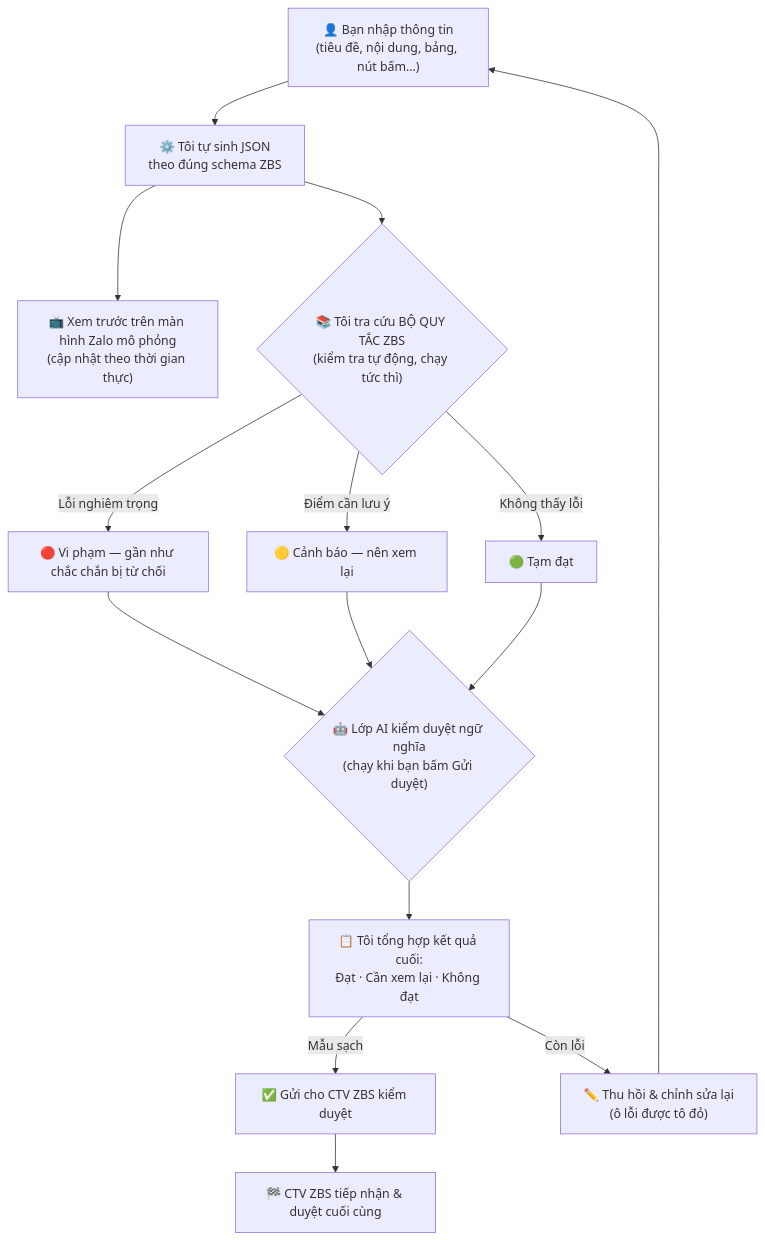
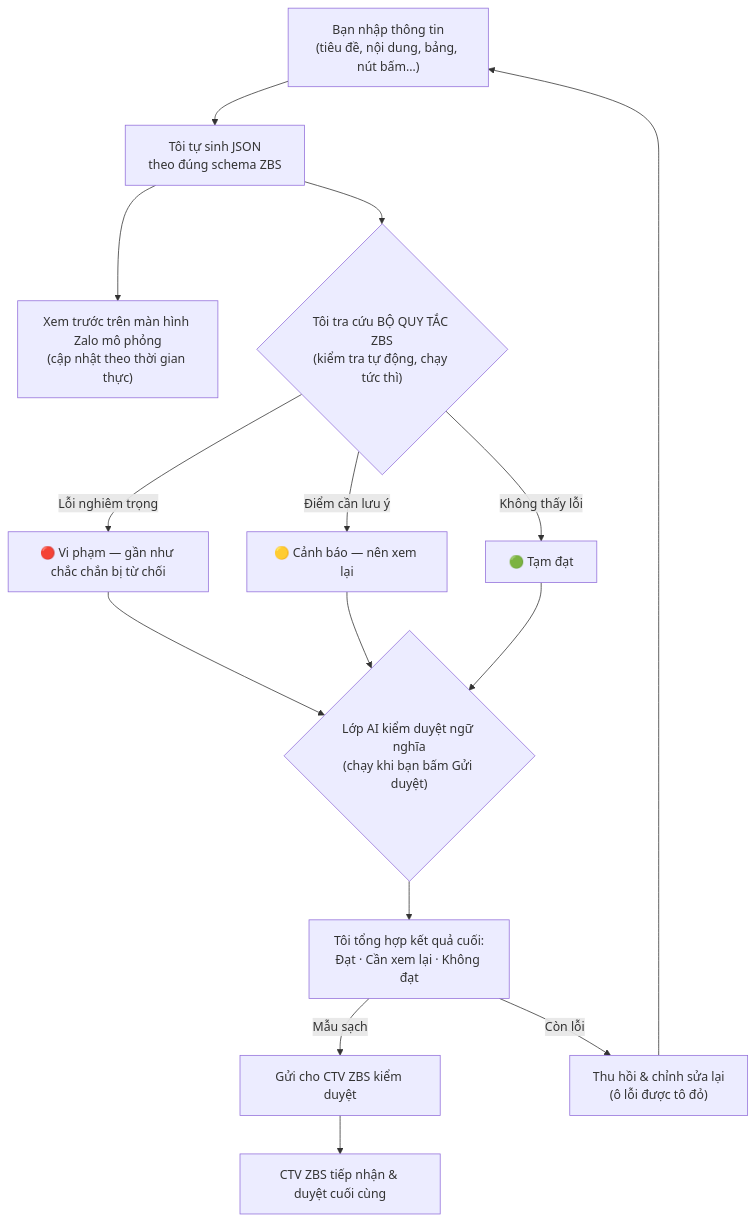
The first of 3 diagrams in README.md (hwinhwork-dot/zbs-studio), drawn with Mermaid before and after one commit. The commit also changed other lines of this file, not shown here.

````diff
--- a/README.md
+++ b/README.md
@@ -60,17 +60,17 @@
 ```mermaid
 flowchart TD
-    A["👤 Bạn nhập thông tin<br/>(tiêu đề, nội dung, bảng, nút bấm…)"] --> B["⚙️ Tôi tự sinh JSON<br/>theo đúng schema ZBS"]
-    B --> C["📺 Xem trước trên màn hình Zalo mô phỏng<br/>(cập nhật theo thời gian thực)"]
-    B --> D{"📚 Tôi tra cứu BỘ QUY TẮC ZBS<br/>(kiểm tra tự động, chạy tức thì)"}
+    A[" Bạn nhập thông tin<br/>(tiêu đề, nội dung, bảng, nút bấm…)"] --> B[" Tôi tự sinh JSON<br/>theo đúng schema ZBS"]
+    B --> C[" Xem trước trên màn hình Zalo mô phỏng<br/>(cập nhật theo thời gian thực)"]
+    B --> D{" Tôi tra cứu BỘ QUY TẮC ZBS<br/>(kiểm tra tự động, chạy tức thì)"}
     D -->|"Lỗi nghiêm trọng"| E["🔴 Vi phạm — gần như chắc chắn bị từ chối"]
     D -->|"Điểm cần lưu ý"| F["🟡 Cảnh báo — nên xem lại"]
     D -->|"Không thấy lỗi"| G["🟢 Tạm đạt"]
-    E --> H{"🤖 Lớp AI kiểm duyệt ngữ nghĩa<br/>(chạy khi bạn bấm Gửi duyệt)"}
+    E --> H{" Lớp AI kiểm duyệt ngữ nghĩa<br/>(chạy khi bạn bấm Gửi duyệt)"}
     F --> H
     G --> H
-    H --> I["📋 Tôi tổng hợp kết quả cuối:<br/>Đạt · Cần xem lại · Không đạt"]
-    I -->|"Mẫu sạch"| J["✅ Gửi cho CTV ZBS kiểm duyệt"]
-    I -->|"Còn lỗi"| K["✏️ Thu hồi & chỉnh sửa lại<br/>(ô lỗi được tô đỏ)"]
+    H --> I[" Tôi tổng hợp kết quả cuối:<br/>Đạt · Cần xem lại · Không đạt"]
+    I -->|"Mẫu sạch"| J[" Gửi cho CTV ZBS kiểm duyệt"]
+    I -->|"Còn lỗi"| K[" Thu hồi & chỉnh sửa lại<br/>(ô lỗi được tô đỏ)"]
     K --> A
-    J --> L["🏁 CTV ZBS tiếp nhận & duyệt cuối cùng"]
+    J --> L[" CTV ZBS tiếp nhận & duyệt cuối cùng"]
 ```
````
